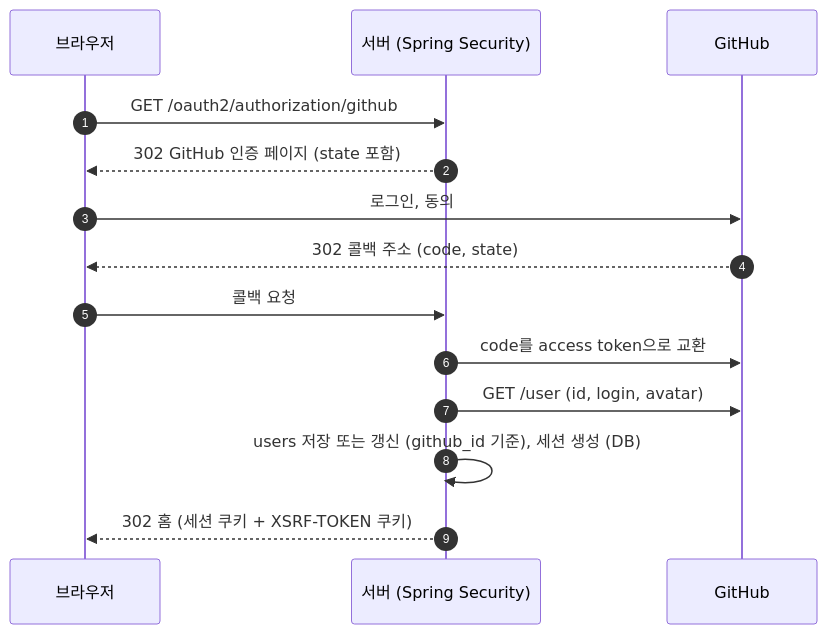
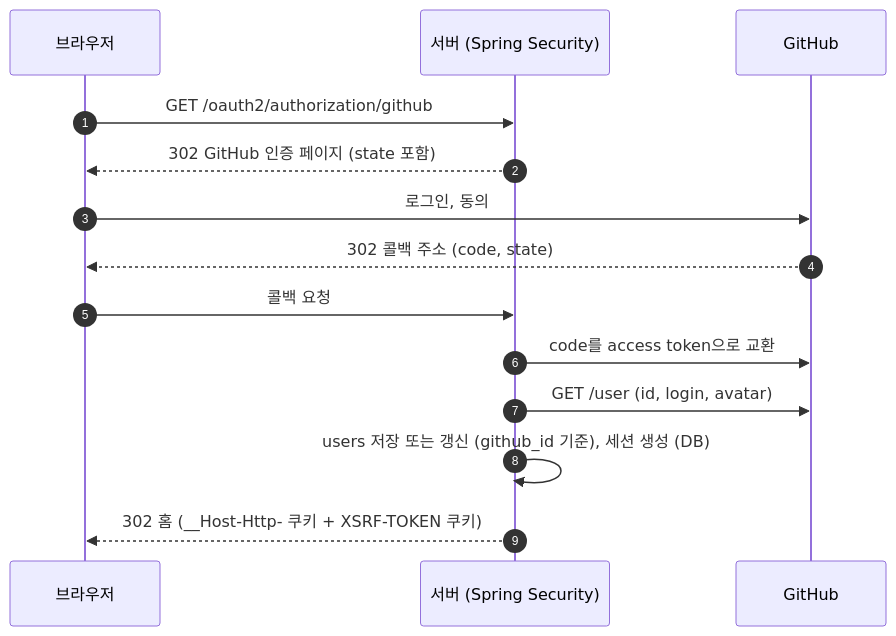
One commit to Duskafka/codingtest-harness changed the diagram in docs/spec/api.md. Above: the diagram before and after it, drawn with Mermaid. The commit also changed other lines of this file and 4 other files, not shown here.

````diff
--- a/docs/spec/api.md
+++ b/docs/spec/api.md
@@ -64,16 +63,16 @@
 ```mermaid
 sequenceDiagram
     autonumber
     participant B as 브라우저
     participant S as 서버 (Spring Security)
     participant G as GitHub
     B ->> S: GET /oauth2/authorization/github
     S -->> B: 302 GitHub 인증 페이지 (state 포함)
     B ->> G: 로그인, 동의
     G -->> B: 302 콜백 주소 (code, state)
     B ->> S: 콜백 요청
     S ->> G: code를 access token으로 교환
     S ->> G: GET /user (id, login, avatar)
     S ->> S: users 저장 또는 갱신 (github_id 기준), 세션 생성 (DB)
-    S -->> B: 302 홈 (세션 쿠키 + XSRF-TOKEN 쿠키)
+    S -->> B: 302 홈 (__Host-Http- 쿠키 + XSRF-TOKEN 쿠키)
 ```
````
